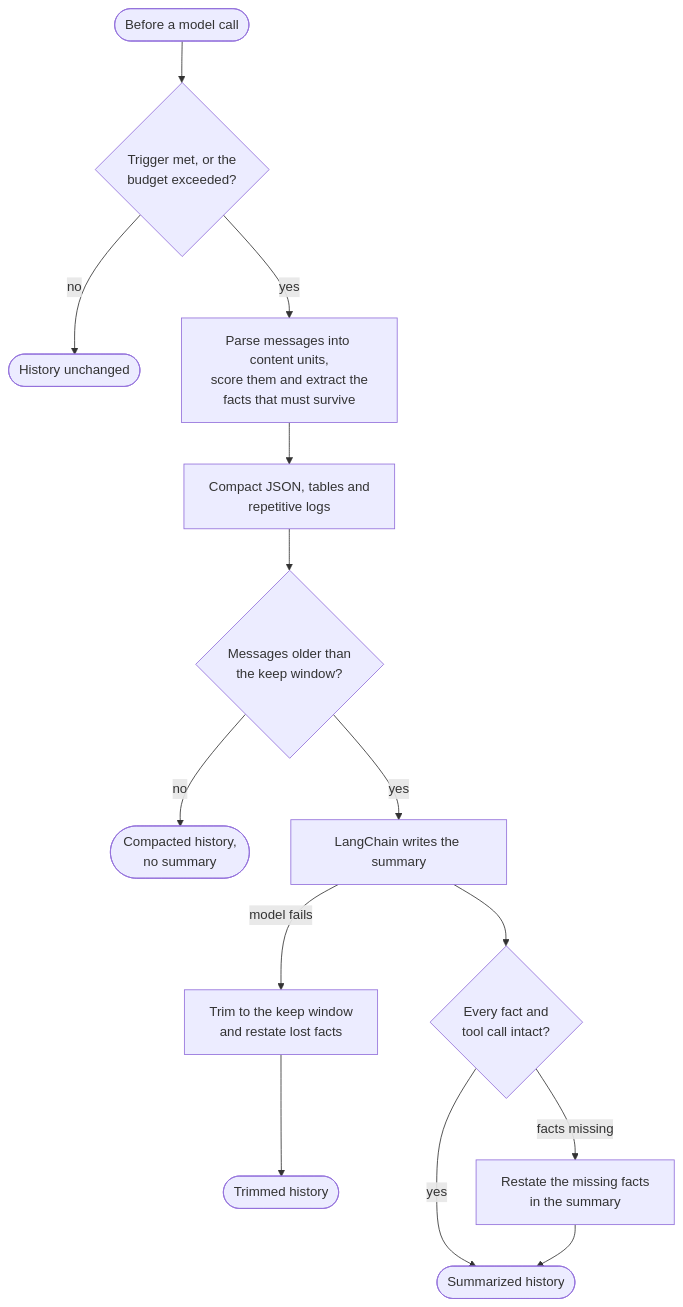
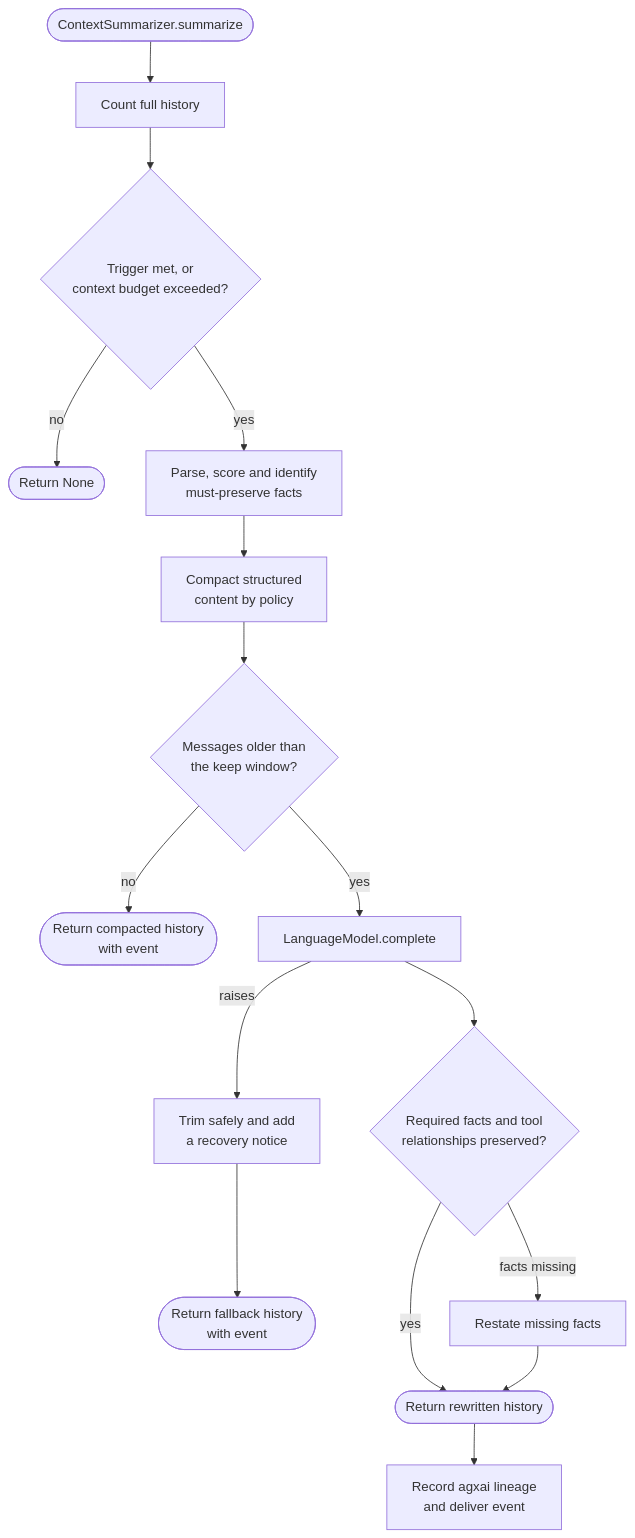
The diagram in diagrams/pipeline.mmd (smuniharish/contextsage), drawn with Mermaid before and after one commit. The commit also changed 99 other files, not shown here.

```diff
--- a/diagrams/pipeline.mmd
+++ b/diagrams/pipeline.mmd
@@ -1,14 +1,16 @@
 flowchart TB
-    start(["Before a model call"]) --> trigger{"Trigger met, or the<br/>budget exceeded?"}
-    trigger -- no --> unchanged(["History unchanged"])
-    trigger -- yes --> analyze["Parse messages into content units,<br/>score them and extract the<br/>facts that must survive"]
-    analyze --> compact["Compact JSON, tables and<br/>repetitive logs"]
+    start(["ContextSummarizer.summarize"]) --> count["Count full history"]
+    count --> trigger{"Trigger met, or<br/>context budget exceeded?"}
+    trigger -- no --> unchanged(["Return None"])
+    trigger -- yes --> parse["Parse, score and identify<br/>must-preserve facts"]
+    parse --> compact["Compact structured<br/>content by policy"]
     compact --> older{"Messages older than<br/>the keep window?"}
-    older -- no --> compacted(["Compacted history,<br/>no summary"])
-    older -- yes --> summary["LangChain writes the summary"]
-    summary -- "model fails" --> fallback["Trim to the keep window<br/>and restate lost facts"]
-    fallback --> trimmed(["Trimmed history"])
-    summary --> check{"Every fact and<br/>tool call intact?"}
-    check -- yes --> summarized(["Summarized history"])
-    check -- "facts missing" --> restate["Restate the missing facts<br/>in the summary"]
-    restate --> summarized
+    older -- no --> compacted(["Return compacted history<br/>with event"])
+    older -- yes --> model["LanguageModel.complete"]
+    model -- "raises" --> fallback["Trim safely and add<br/>a recovery notice"]
+    fallback --> recovered(["Return fallback history<br/>with event"])
+    model --> validate{"Required facts and tool<br/>relationships preserved?"}
+    validate -- yes --> result(["Return rewritten history"])
+    validate -- "facts missing" --> restate["Restate missing facts"]
+    restate --> result
+    result --> record["Record agxai lineage<br/>and deliver event"]
```
